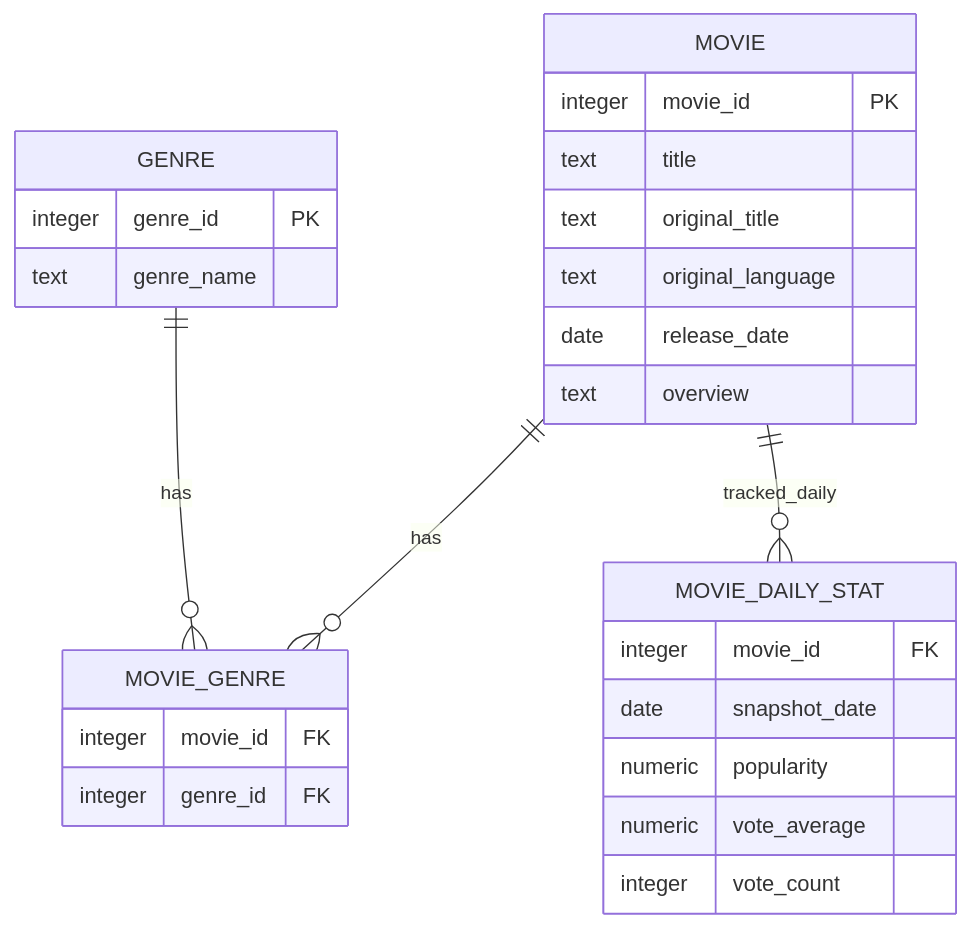
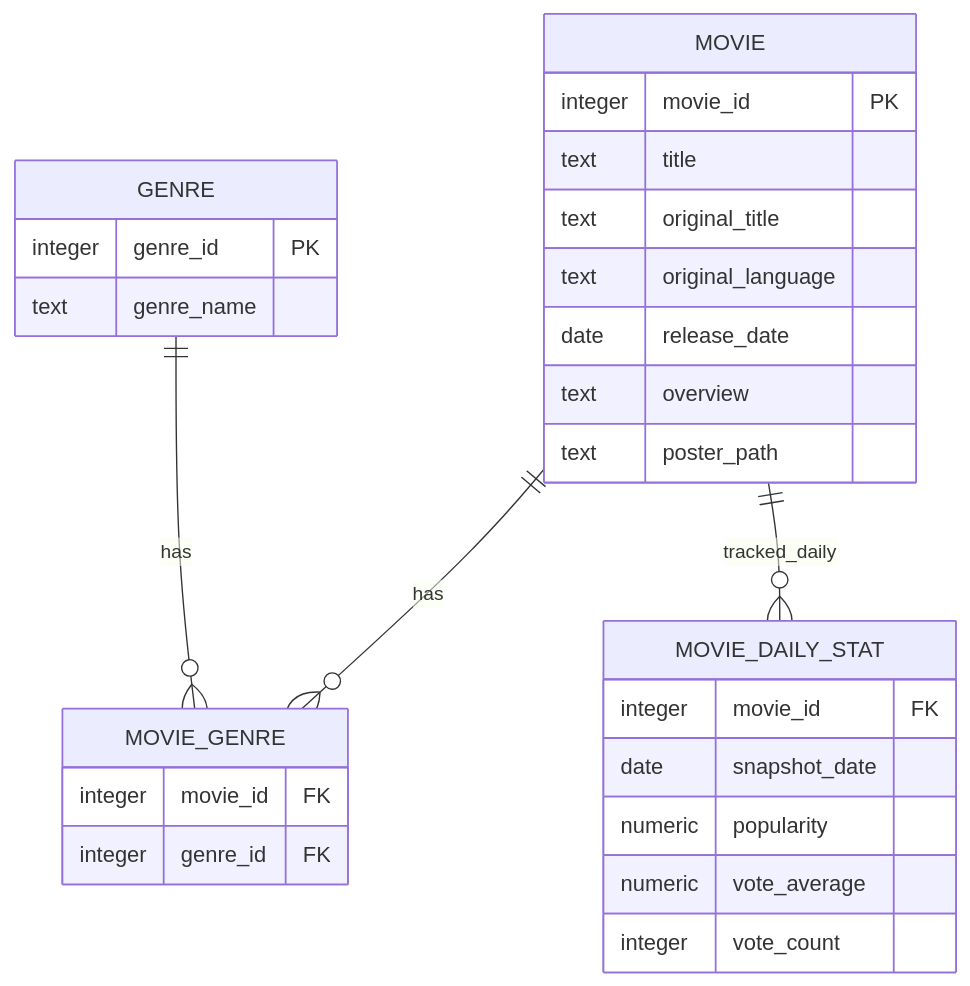
The third of 4 diagrams in README.md (NimaAfkham/Movie_Data_Warehouse), drawn with Mermaid before and after one commit. The commit also changed other lines of this file, not shown here.

````diff
--- a/README.md
+++ b/README.md
@@ -57,30 +62,31 @@
 ```mermaid
 erDiagram
     MOVIE {
         integer movie_id PK
         text title
         text original_title
         text original_language
         date release_date
         text overview
+        text poster_path
     }
     GENRE {
         integer genre_id PK
         text genre_name
     }
     MOVIE_GENRE {
         integer movie_id FK
         integer genre_id FK
     }
     MOVIE_DAILY_STAT {
         integer movie_id FK
         date snapshot_date
         numeric popularity
         numeric vote_average
         integer vote_count
     }
 
     MOVIE ||--o{ MOVIE_GENRE : has
     GENRE ||--o{ MOVIE_GENRE : has
     MOVIE ||--o{ MOVIE_DAILY_STAT : tracked_daily
 ```
````
